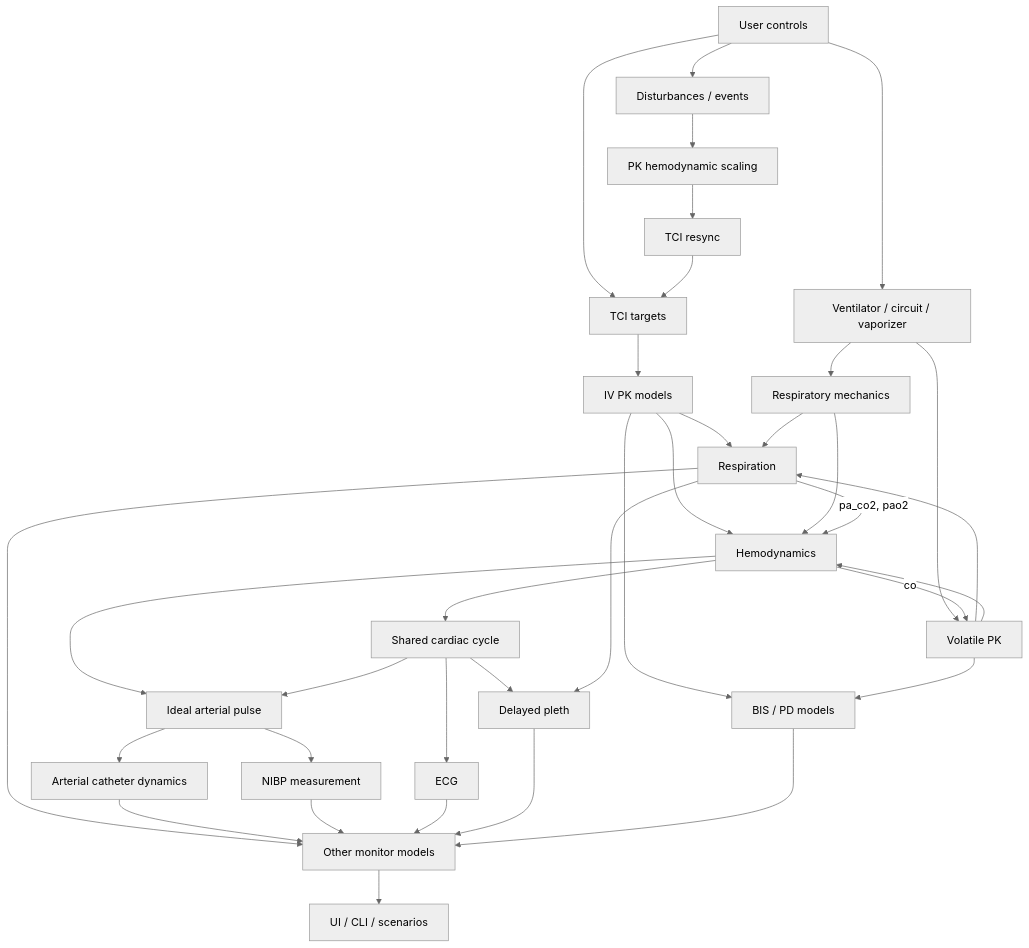
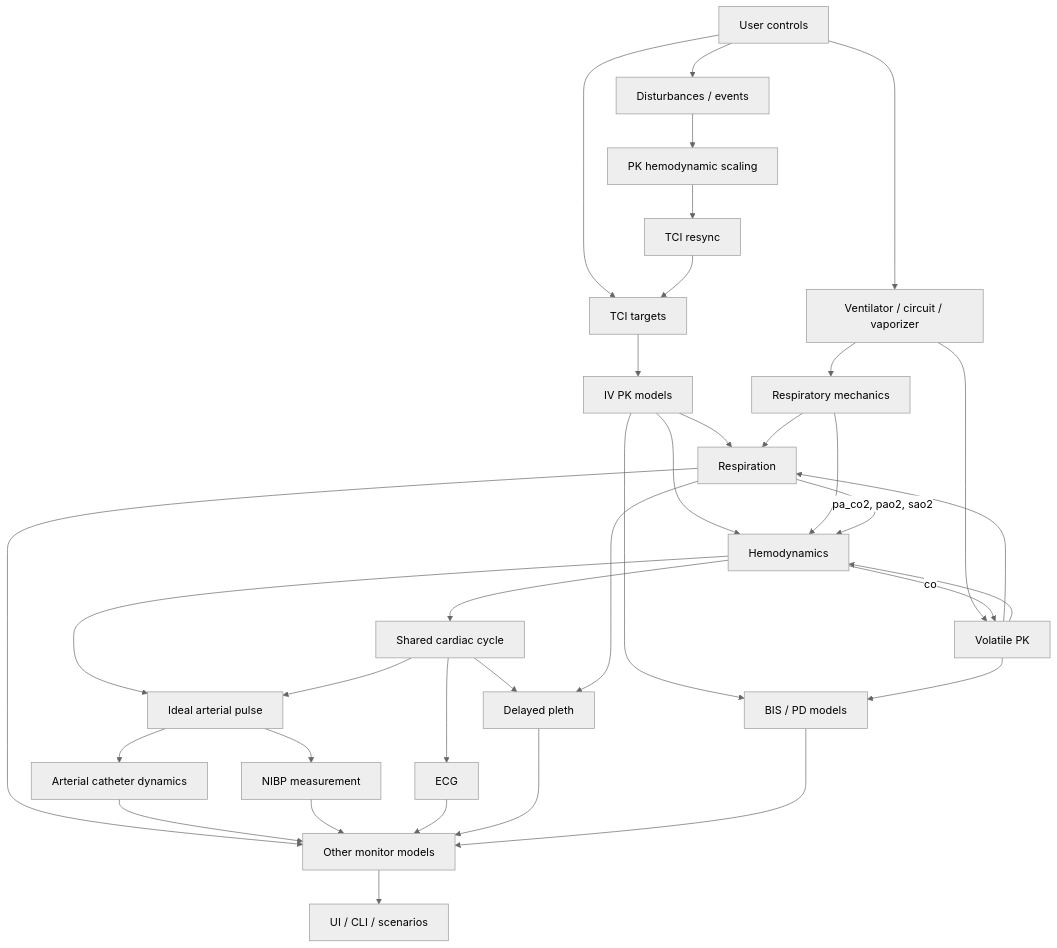
Before and after one commit to robchiral/AnaSim: the diagram in docs/ARCHITECTURE.md, drawn with Mermaid (neutral theme). The commit also changed other lines of this file and 77 other files, not shown here.

````diff
--- a/docs/ARCHITECTURE.md
+++ b/docs/ARCHITECTURE.md
@@ -109,42 +91,42 @@
 ```mermaid
 flowchart TD
     USER[User controls] --> DIST[Disturbances / events]
     USER --> TCI[TCI targets]
     USER --> MACHINE[Ventilator / circuit / vaporizer]
 
     DIST --> PKSCALE[PK hemodynamic scaling]
     PKSCALE --> TCISYNC[TCI resync]
     TCISYNC --> TCI
 
     TCI --> PKIV[IV PK models]
     MACHINE --> PKVOL[Volatile PK]
     MACHINE --> MECH[Respiratory mechanics]
 
     PKIV --> RESP[Respiration]
     PKIV --> HEMO[Hemodynamics]
     PKIV --> BIS[BIS / PD models]
     PKVOL --> RESP
     PKVOL --> HEMO
     PKVOL --> BIS
 
     MECH --> RESP
     MECH --> HEMO
-    RESP -->|pa_co2, pao2| HEMO
+    RESP -->|pa_co2, pao2, sao2| HEMO
     HEMO -->|co| PKVOL
 
     RESP --> MON[Other monitor models]
     HEMO --> CYCLE[Shared cardiac cycle]
     HEMO --> PULSE[Ideal arterial pulse]
     CYCLE --> ECG[ECG]
     CYCLE --> PULSE
     CYCLE --> PLETH[Delayed pleth]
     PULSE --> ART[Arterial catheter dynamics]
     PULSE --> NIBP[NIBP measurement]
     RESP --> PLETH
     ART --> MON
     NIBP --> MON
     ECG --> MON
     PLETH --> MON
     BIS --> MON
     MON --> UI[UI / CLI / scenarios]
 ```
````
